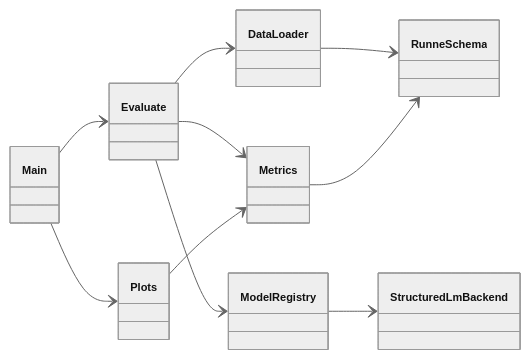
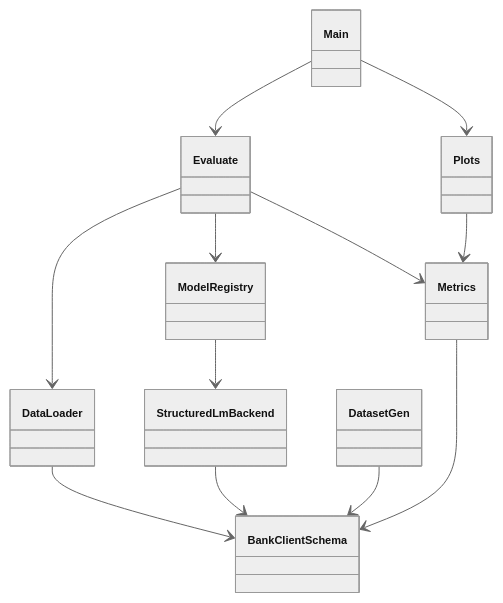
Before and after one commit to pymlex/ie-slm-bench: the diagram in README.md, drawn with Mermaid. The commit also changed other lines of this file and 21 other files, not shown here.

Commit message:
Replace RuNNE with ru-bank-ie benchmark, Outlines inference, and Qwen3.5-4B dataset pipeline.

````diff
--- a/README.md
+++ b/README.md
@@ -27,22 +19,25 @@
 ```mermaid
 %%{init: {"theme": "neutral", "themeVariables": {"fontSize": "11px", "classFontSize": "11px"}}}%%
 classDiagram
-    direction LR
+    direction TB
     class Main
     class Evaluate
     class DataLoader
     class Metrics
     class ModelRegistry
     class StructuredLmBackend
     class Plots
-    class RunneSchema
+    class DatasetGen
+    class BankClientSchema
     Main --> Evaluate
     Main --> Plots
     Evaluate --> DataLoader
     Evaluate --> ModelRegistry
     ModelRegistry --> StructuredLmBackend
     Evaluate --> Metrics
     Plots --> Metrics
-    DataLoader --> RunneSchema
-    Metrics --> RunneSchema
+    DataLoader --> BankClientSchema
+    Metrics --> BankClientSchema
+    DatasetGen --> BankClientSchema
+    StructuredLmBackend --> BankClientSchema
 ```
````
